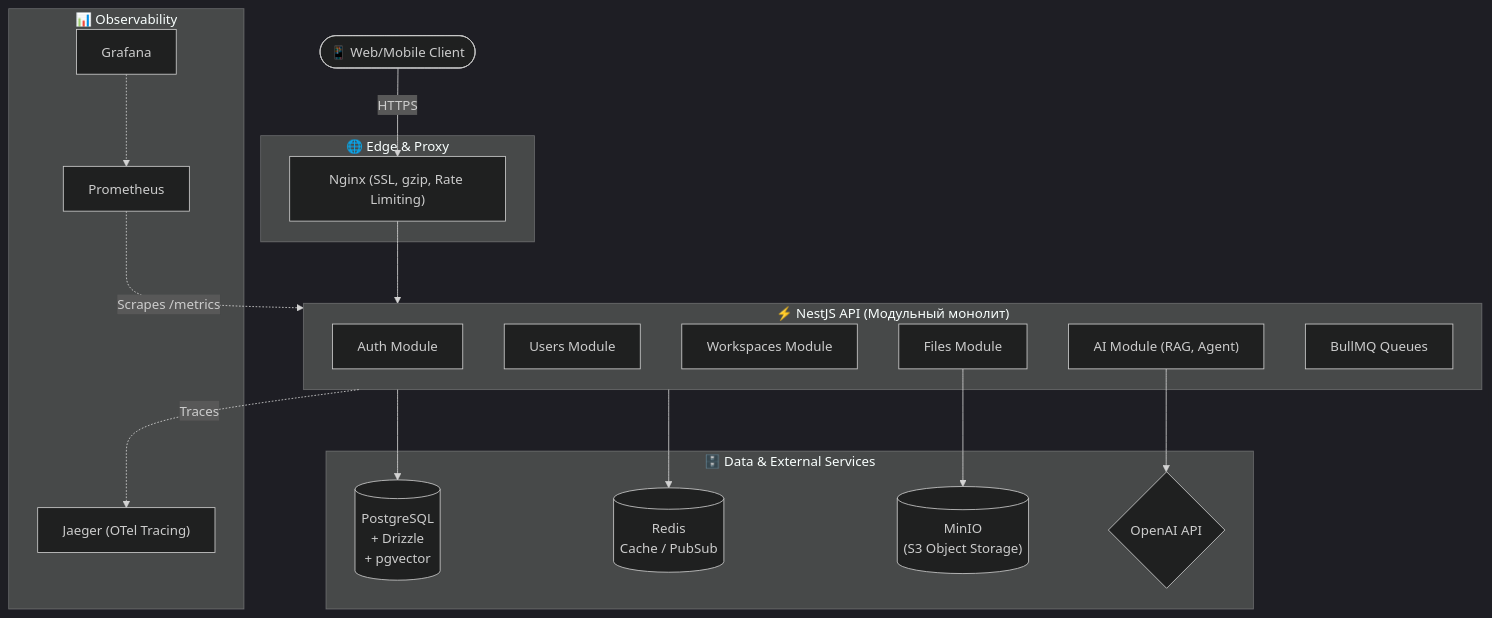
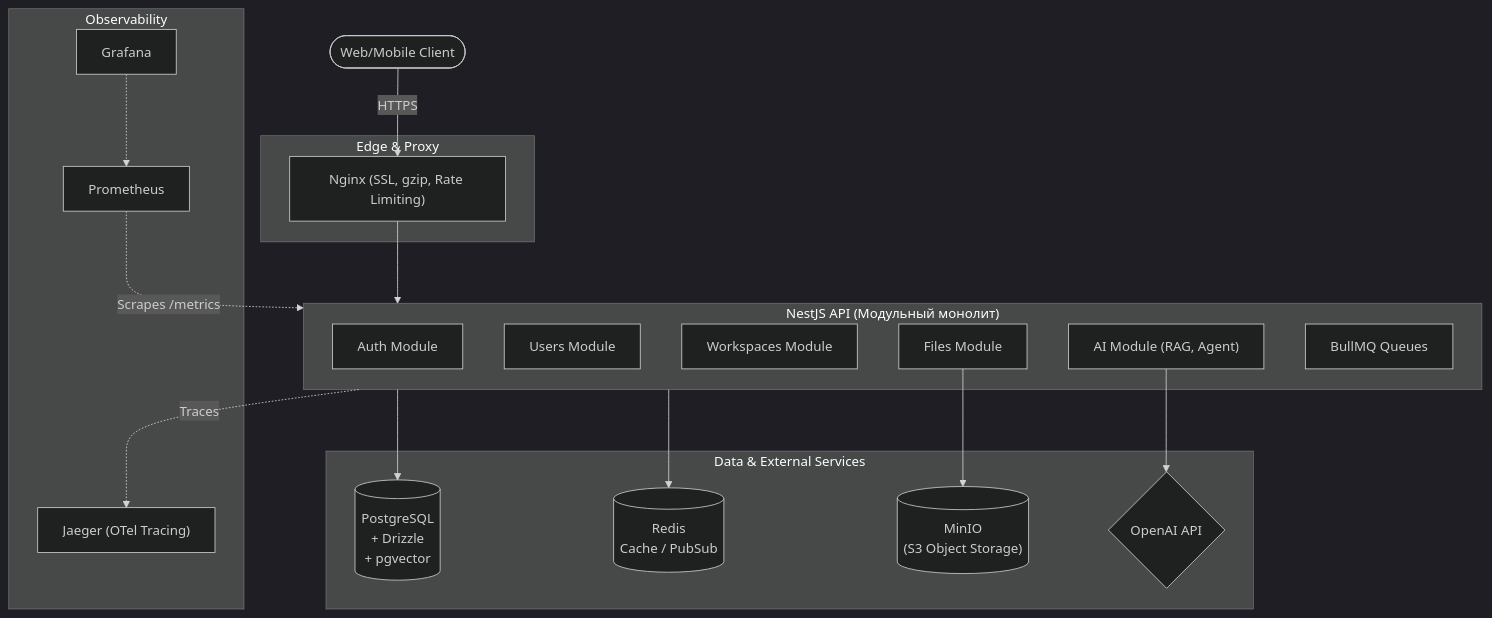
Before and after one commit to Skyranor/roadmap-backend: the diagram in docs/omnia_backend_roadmap_v2.md, drawn with Mermaid (dark theme). The commit also changed other lines of this file, not shown here.

Commit message:
docs: add backend roadmap v2 with mentor prompt and progress tracker

````diff
--- a/docs/omnia_backend_roadmap_v2.md
+++ b/docs/omnia_backend_roadmap_v2.md
@@ -1544,40 +1674,40 @@
 ```mermaid
 flowchart TD
-    subgraph Proxy ["🌐 Edge & Proxy"]
-        Nginx["Nginx (SSL, gzip, Rate Limiting)"]
-    end
+ subgraph Proxy [" Edge & Proxy"]
+ Nginx["Nginx (SSL, gzip, Rate Limiting)"]
+ end
 
-    subgraph API ["⚡ NestJS API (Модульный монолит)"]
-        Auth["Auth Module"]
-        Users["Users Module"]
-        Workspaces["Workspaces Module"]
-        AI["AI Module (RAG, Agent)"]
-        Files["Files Module"]
-        BullMQ["BullMQ Queues"]
-    end
+ subgraph API [" NestJS API (Модульный монолит)"]
+ Auth["Auth Module"]
+ Users["Users Module"]
+ Workspaces["Workspaces Module"]
+ AI["AI Module (RAG, Agent)"]
+ Files["Files Module"]
+ BullMQ["BullMQ Queues"]
+ end
 
-    subgraph Data ["🗄️ Data & External Services"]
-        PG[("PostgreSQL\n+ Drizzle\n+ pgvector")]
-        Redis[("Redis\nCache / PubSub")]
-        MinIO[("MinIO\n(S3 Object Storage)")]
-        OpenAI{"OpenAI API"}
-    end
+ subgraph Data [" Data & External Services"]
+ PG[("PostgreSQL\n+ Drizzle\n+ pgvector")]
+ Redis[("Redis\nCache / PubSub")]
+ MinIO[("MinIO\n(S3 Object Storage)")]
+ OpenAI{"OpenAI API"}
+ end
 
-    subgraph Obs ["📊 Observability"]
-        Prometheus["Prometheus"]
-        Grafana["Grafana"]
-        Jaeger["Jaeger (OTel Tracing)"]
-    end
+ subgraph Obs [" Observability"]
+ Prometheus["Prometheus"]
+ Grafana["Grafana"]
+ Jaeger["Jaeger (OTel Tracing)"]
+ end
 
-    Client([📱 Web/Mobile Client]) -->|HTTPS| Nginx
-    Nginx --> API
-    
-    API --> PG
-    API --> Redis
-    Files --> MinIO
-    AI --> OpenAI
-    
-    Prometheus -.->|Scrapes /metrics| API
-    Grafana -.-> Prometheus
-    API -.->|Traces| Jaeger
+ Client([ Web/Mobile Client]) -->|HTTPS| Nginx
+ Nginx --> API
+ 
+ API --> PG
+ API --> Redis
+ Files --> MinIO
+ AI --> OpenAI
+ 
+ Prometheus -.->|Scrapes /metrics| API
+ Grafana -.-> Prometheus
+ API -.->|Traces| Jaeger
 ```
````
